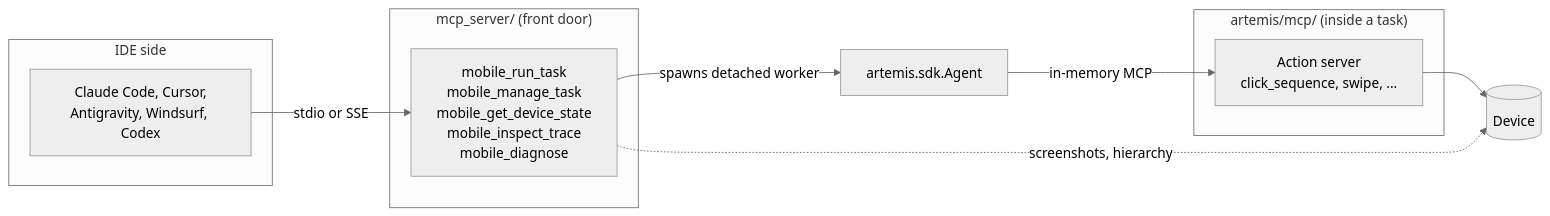
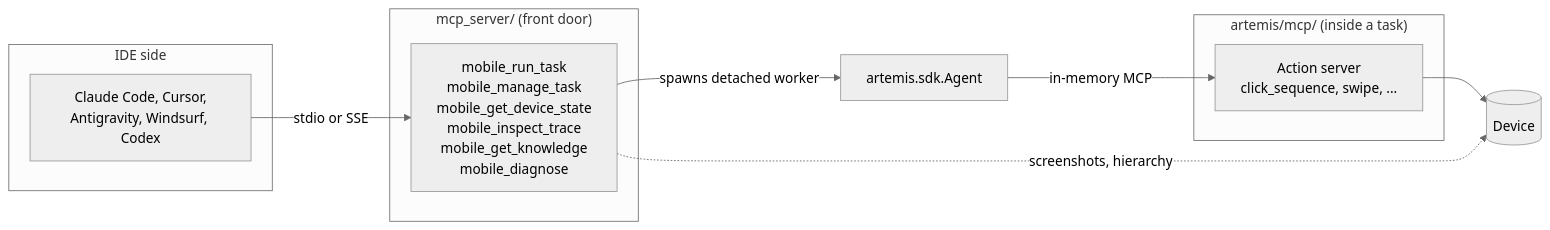
The ninth of 15 diagrams in README.md (leong1024/engram-gui-agent), drawn with Mermaid (neutral theme) before and after one commit. The commit also changed other lines of this file, not shown here.

First line of the commit message:
README: count six IDE MCP tools and name mobile_get_knowledge

````diff
--- a/README.md
+++ b/README.md
@@ -317,17 +317,17 @@
 ```mermaid
 flowchart LR
     subgraph IDE["IDE side"]
         C["Claude Code, Cursor,<br/>Antigravity, Windsurf, Codex"]
     end
     subgraph A["mcp_server/ (front door)"]
-        T["mobile_run_task<br/>mobile_manage_task<br/>mobile_get_device_state<br/>mobile_inspect_trace<br/>mobile_diagnose"]
+        T["mobile_run_task<br/>mobile_manage_task<br/>mobile_get_device_state<br/>mobile_inspect_trace<br/>mobile_get_knowledge<br/>mobile_diagnose"]
     end
     subgraph B["artemis/mcp/ (inside a task)"]
         AX["Action server<br/>click_sequence, swipe, ..."]
     end
     C -->|"stdio or SSE"| T
     T -->|"spawns detached worker"| AG["artemis.sdk.Agent"]
     AG -->|"in-memory MCP"| AX
     AX --> DEV[("Device")]
     T -.->|"screenshots, hierarchy"| DEV
 ```
````
